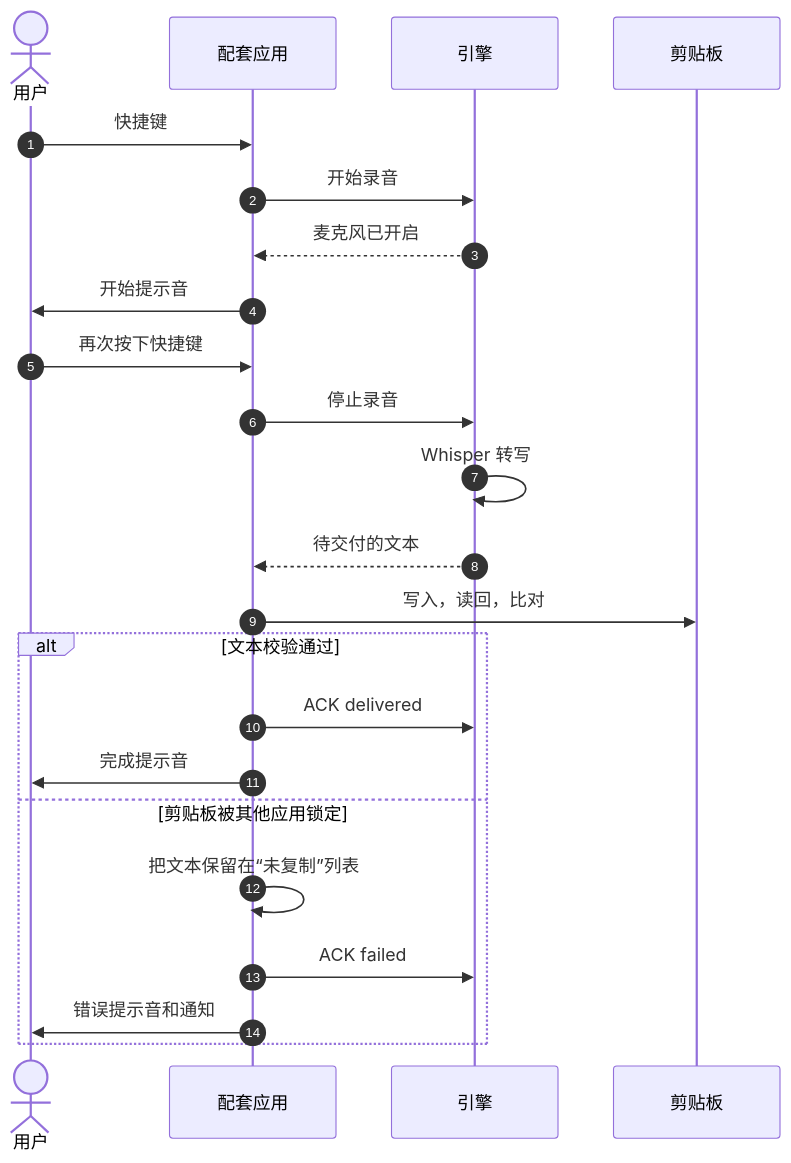
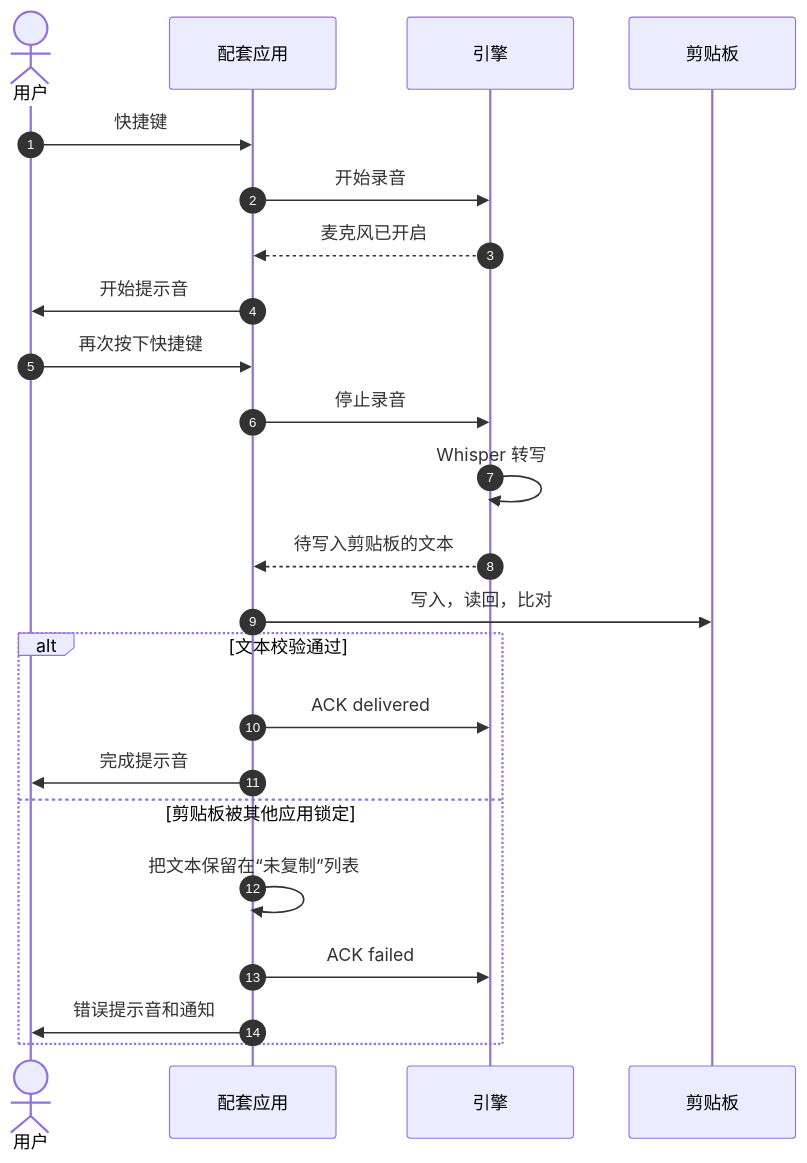
The third of 5 diagrams in README.zh-CN.md (nano-br/voice-mate), drawn with Mermaid before and after one commit. The commit also changed other lines of this file and 1 other file, not shown here.

````diff
--- a/README.zh-CN.md
+++ b/README.zh-CN.md
@@ -206,25 +206,25 @@
 ```mermaid
 sequenceDiagram
     autonumber
     actor U as 用户
     participant C as 配套应用
     participant E as 引擎
     participant CB as 剪贴板
     U->>C: 快捷键
     C->>E: 开始录音
     E-->>C: 麦克风已开启
     C->>U: 开始提示音
     U->>C: 再次按下快捷键
     C->>E: 停止录音
     E->>E: Whisper 转写
-    E-->>C: 待交付的文本
+    E-->>C: 待写入剪贴板的文本
     C->>CB: 写入，读回，比对
     alt 文本校验通过
         C->>E: ACK delivered
         C->>U: 完成提示音
     else 剪贴板被其他应用锁定
         C->>C: 把文本保留在“未复制”列表
         C->>E: ACK failed
         C->>U: 错误提示音和通知
     end
 ```
````
